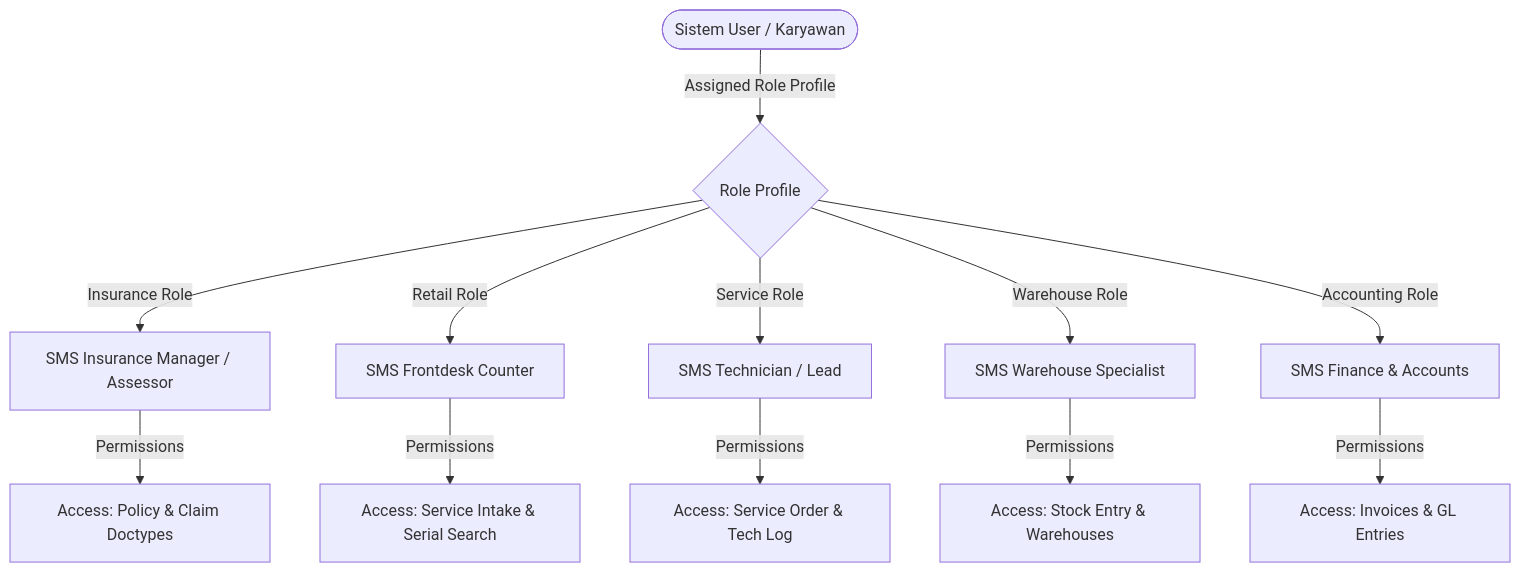
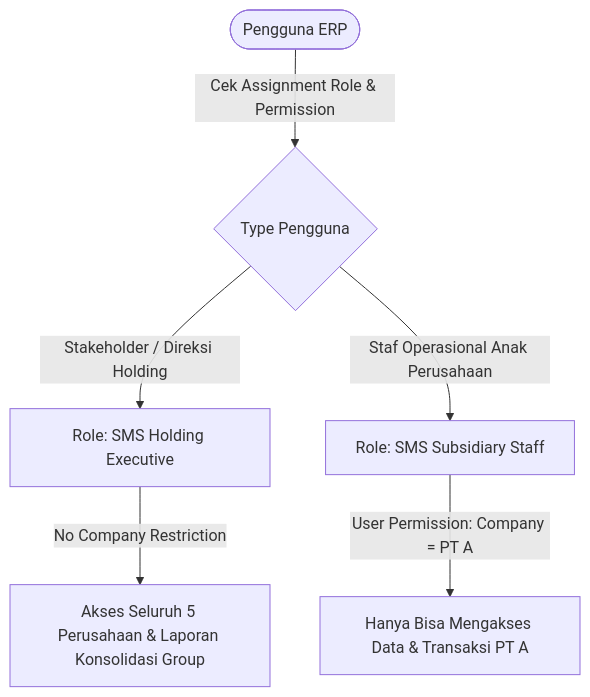
Before and after one commit to wheldnz/ERP-SMS: the diagram in SECURITY_AND_PERMISSIONS.md, drawn with Mermaid. The commit also changed other lines of this file and 3 other files, not shown here.

Commit message:
feat(architecture): enhance system design with Multi-Company Holding structure for 5 consolidated operating entities

````diff
--- a/SECURITY_AND_PERMISSIONS.md
+++ b/SECURITY_AND_PERMISSIONS.md
@@ -7,16 +7,10 @@
 ```mermaid
 graph TD
-    User([Sistem User / Karyawan]) -->|Assigned Role Profile| Profile{Role Profile}
+    User([Pengguna ERP]) -->|Cek Assignment Role & Permission| Guard{Type Pengguna}
     
-    Profile -->|Insurance Role| INS[SMS Insurance Manager / Assessor]
-    Profile -->|Retail Role| RET[SMS Frontdesk Counter]
-    Profile -->|Service Role| TECH[SMS Technician / Lead]
-    Profile -->|Warehouse Role| WHS[SMS Warehouse Specialist]
-    Profile -->|Accounting Role| ACC[SMS Finance & Accounts]
+    Guard -->|Stakeholder / Direksi Holding| Exec[Role: SMS Holding Executive]
+    Guard -->|Staf Operasional Anak Perusahaan| Sub[Role: SMS Subsidiary Staff]
     
-    INS -->|Permissions| D1[Access: Policy & Claim Doctypes]
-    RET -->|Permissions| D2[Access: Service Intake & Serial Search]
-    TECH -->|Permissions| D3[Access: Service Order & Tech Log]
-    WHS -->|Permissions| D4[Access: Stock Entry & Warehouses]
-    ACC -->|Permissions| D5[Access: Invoices & GL Entries]
+    Exec -->|No Company Restriction| AllData[Akses Seluruh 5 Perusahaan & Laporan Konsolidasi Group]
+    Sub -->|User Permission: Company = PT A| PtData[Hanya Bisa Mengakses Data & Transaksi PT A]
 ```
````
